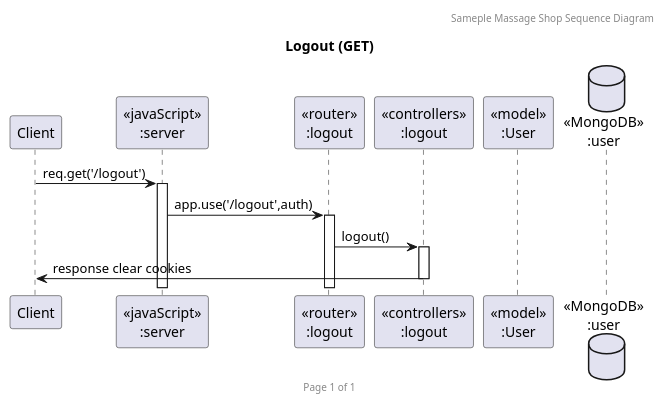
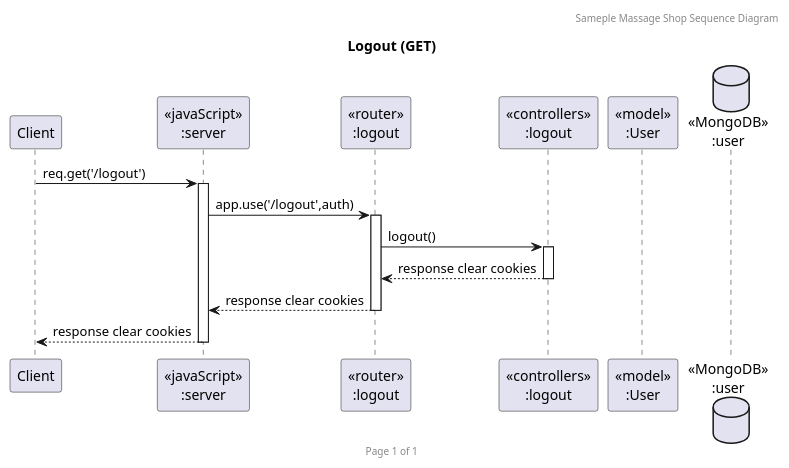
Before and after one commit to BabeTanya/massage-catherine: the diagram in MassageSequence_logout.puml, drawn with PlantUML. The commit also changed 6 other files, not shown here.

Commit message:
Revise sequence diagram massage shop

```diff
--- a/MassageSequence_logout.puml
+++ b/MassageSequence_logout.puml
@@ -1,19 +1,21 @@
 @startuml Logout (GET)
 
 header Sameple Massage Shop Sequence Diagram
 footer Page %page% of %lastpage%
 title "Logout (GET)"
 
 participant "Client" as client
 participant "<<javaScript>>\n:server" as server
 participant "<<router>>\n:logout" as routerLogout
 participant "<<controllers>>\n:logout" as controllersLogout
 participant "<<model>>\n:User" as modelUser
 database "<<MongoDB>>\n:user" as UserDatabase
 
 client->server ++:req.get('/logout')
 server->routerLogout ++:app.use('/logout',auth)
 routerLogout -> controllersLogout ++:logout()
-controllersLogout->client --:response clear cookies
+routerLogout <-- controllersLogout --:response clear cookies
+server <-- routerLogout --:response clear cookies
+client <-- server --:response clear cookies
 
 @enduml
```
